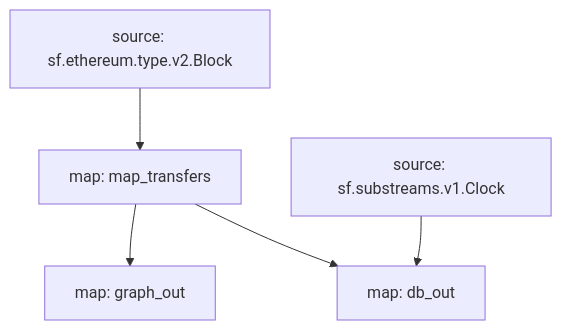
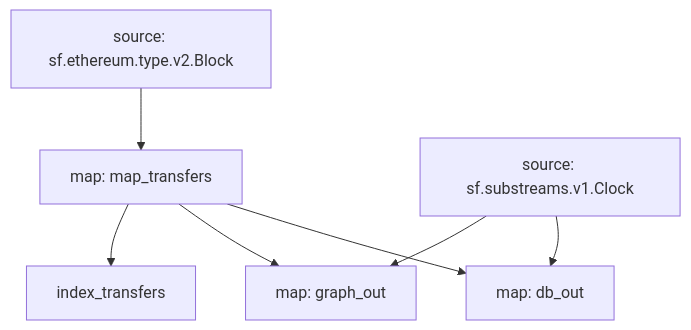
The diagram in README.md (pinax-network/substreams-erc20-transfers), drawn with Mermaid before and after one commit. The commit also changed other lines of this file and 4 other files, not shown here.

````diff
--- a/README.md
+++ b/README.md
@@ -33,11 +33,13 @@
 ```mermaid
 graph TD;
   map_transfers[map: map_transfers];
   sf.ethereum.type.v2.Block[source: sf.ethereum.type.v2.Block] --> map_transfers;
+  map_transfers --> index_transfers;
   graph_out[map: graph_out];
+  sf.substreams.v1.Clock[source: sf.substreams.v1.Clock] --> graph_out;
   map_transfers --> graph_out;
   db_out[map: db_out];
   sf.substreams.v1.Clock[source: sf.substreams.v1.Clock] --> db_out;
   map_transfers --> db_out;
 
 ```
````
